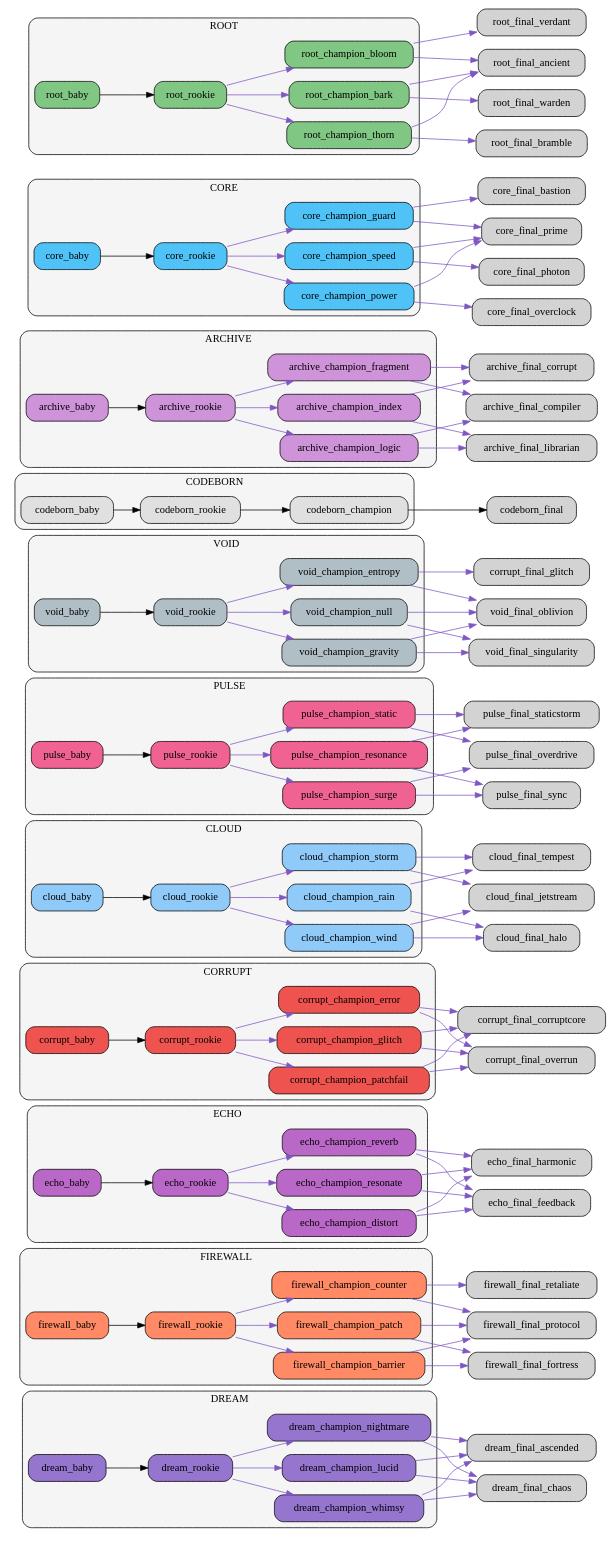
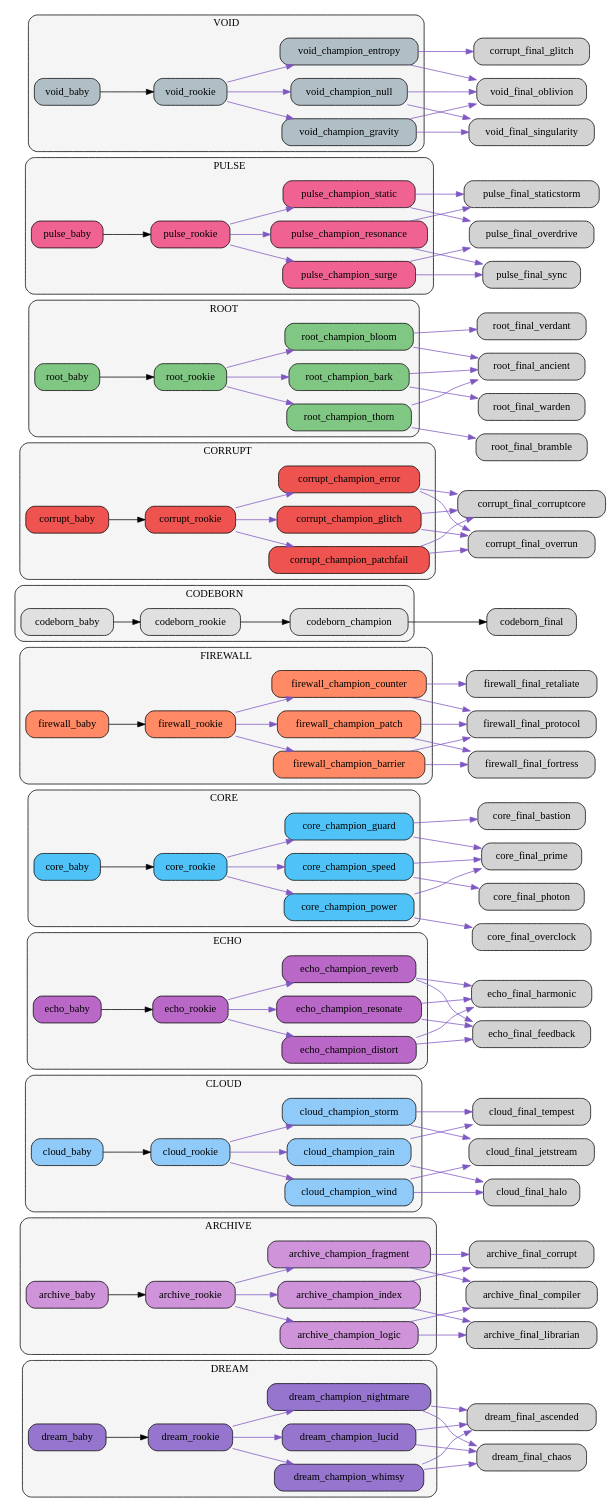
Before and after one commit to bwlight/NetGrid: the diagram in src/netgrid/systems/evolution/graphs/clusters/evolution_clusters.dot, drawn with Graphviz. The commit also changed other lines of this file and 8 other files, not shown here.

Commit message:
Auto-update evolution graphs

```diff
--- a/src/netgrid/systems/evolution/graphs/clusters/evolution_clusters.dot
+++ b/src/netgrid/systems/evolution/graphs/clusters/evolution_clusters.dot
@@ -10,14 +10,23 @@
     "dream_champion_nightmare" [fillcolor="#9575cd"];
     "dream_champion_whimsy" [fillcolor="#9575cd"];
   }
-  subgraph cluster_firewall {
-    label="FIREWALL";
+  subgraph cluster_archive {
+    label="ARCHIVE";
     style="rounded,filled"; fillcolor="#f5f5f5";
-    "firewall_baby" [fillcolor="#ff8a65"];
-    "firewall_rookie" [fillcolor="#ff8a65"];
-    "firewall_champion_barrier" [fillcolor="#ff8a65"];
-    "firewall_champion_counter" [fillcolor="#ff8a65"];
-    "firewall_champion_patch" [fillcolor="#ff8a65"];
+    "archive_baby" [fillcolor="#ce93d8"];
+    "archive_rookie" [fillcolor="#ce93d8"];
+    "archive_champion_logic" [fillcolor="#ce93d8"];
+    "archive_champion_index" [fillcolor="#ce93d8"];
+    "archive_champion_fragment" [fillcolor="#ce93d8"];
+  }
+  subgraph cluster_cloud {
+    label="CLOUD";
+    style="rounded,filled"; fillcolor="#f5f5f5";
+    "cloud_baby" [fillcolor="#90caf9"];
+    "cloud_rookie" [fillcolor="#90caf9"];
+    "cloud_champion_wind" [fillcolor="#90caf9"];
+    "cloud_champion_rain" [fillcolor="#90caf9"];
+    "cloud_champion_storm" [fillcolor="#90caf9"];
   }
   subgraph cluster_echo {
     label="ECHO";
@@ -28,6 +37,31 @@
     "echo_champion_reverb" [fillcolor="#ba68c8"];
     "echo_champion_distort" [fillcolor="#ba68c8"];
   }
+  subgraph cluster_core {
+    label="CORE";
+    style="rounded,filled"; fillcolor="#f5f5f5";
+    "core_baby" [fillcolor="#4fc3f7"];
+    "core_rookie" [fillcolor="#4fc3f7"];
+    "core_champion_power" [fillcolor="#4fc3f7"];
+    "core_champion_guard" [fillcolor="#4fc3f7"];
+    "core_champion_speed" [fillcolor="#4fc3f7"];
+  }
+  subgraph cluster_firewall {
+    label="FIREWALL";
+    style="rounded,filled"; fillcolor="#f5f5f5";
+    "firewall_baby" [fillcolor="#ff8a65"];
+    "firewall_rookie" [fillcolor="#ff8a65"];
+    "firewall_champion_barrier" [fillcolor="#ff8a65"];
+    "firewall_champion_counter" [fillcolor="#ff8a65"];
+    "firewall_champion_patch" [fillcolor="#ff8a65"];
+  }
+  subgraph cluster_codeborn {
+    label="CODEBORN";
+    style="rounded,filled"; fillcolor="#f5f5f5";
+    "codeborn_baby" [fillcolor="#e0e0e0"];
+    "codeborn_rookie" [fillcolor="#e0e0e0"];
+    "codeborn_champion" [fillcolor="#e0e0e0"];
+  }
   subgraph cluster_corrupt {
     label="CORRUPT";
     style="rounded,filled"; fillcolor="#f5f5f5";
@@ -37,14 +71,14 @@
     "corrupt_champion_error" [fillcolor="#ef5350"];
     "corrupt_champion_patchfail" [fillcolor="#ef5350"];
   }
-  subgraph cluster_cloud {
-    label="CLOUD";
+  subgraph cluster_root {
+    label="ROOT";
     style="rounded,filled"; fillcolor="#f5f5f5";
-    "cloud_baby" [fillcolor="#90caf9"];
-    "cloud_rookie" [fillcolor="#90caf9"];
-    "cloud_champion_wind" [fillcolor="#90caf9"];
-    "cloud_champion_rain" [fillcolor="#90caf9"];
-    "cloud_champion_storm" [fillcolor="#90caf9"];
+    "root_baby" [fillcolor="#81c784"];
+    "root_rookie" [fillcolor="#81c784"];
+    "root_champion_thorn" [fillcolor="#81c784"];
+    "root_champion_bloom" [fillcolor="#81c784"];
+    "root_champion_bark" [fillcolor="#81c784"];
   }
   subgraph cluster_pulse {
     label="PULSE";
@@ -64,40 +98,6 @@
     "void_champion_gravity" [fillcolor="#b0bec5"];
     "void_champion_null" [fillcolor="#b0bec5"];
   }
-  subgraph cluster_codeborn {
-    label="CODEBORN";
-    style="rounded,filled"; fillcolor="#f5f5f5";
-    "codeborn_baby" [fillcolor="#e0e0e0"];
-    "codeborn_rookie" [fillcolor="#e0e0e0"];
-    "codeborn_champion" [fillcolor="#e0e0e0"];
-  }
-  subgraph cluster_archive {
-    label="ARCHIVE";
-    style="rounded,filled"; fillcolor="#f5f5f5";
-    "archive_baby" [fillcolor="#ce93d8"];
-    "archive_rookie" [fillcolor="#ce93d8"];
-    "archive_champion_logic" [fillcolor="#ce93d8"];
-    "archive_champion_index" [fillcolor="#ce93d8"];
-    "archive_champion_fragment" [fillcolor="#ce93d8"];
-  }
-  subgraph cluster_core {
-    label="CORE";
-    style="rounded,filled"; fillcolor="#f5f5f5";
-    "core_baby" [fillcolor="#4fc3f7"];
-    "core_rookie" [fillcolor="#4fc3f7"];
-    "core_champion_power" [fillcolor="#4fc3f7"];
-    "core_champion_guard" [fillcolor="#4fc3f7"];
-    "core_champion_speed" [fillcolor="#4fc3f7"];
-  }
-  subgraph cluster_root {
-    label="ROOT";
-    style="rounded,filled"; fillcolor="#f5f5f5";
-    "root_baby" [fillcolor="#81c784"];
-    "root_rookie" [fillcolor="#81c784"];
-    "root_champion_thorn" [fillcolor="#81c784"];
-    "root_champion_bloom" [fillcolor="#81c784"];
-    "root_champion_bark" [fillcolor="#81c784"];
-  }
   "dream_baby" -> "dream_rookie";
   "dream_rookie" -> "dream_champion_lucid" [color="#7e57c2"];
   "dream_rookie" -> "dream_champion_nightmare" [color="#7e57c2"];
@@ -108,6 +108,46 @@
   "dream_champion_nightmare" -> "dream_final_ascended" [color="#7e57c2"];
   "dream_champion_whimsy" -> "dream_final_ascended" [color="#7e57c2"];
   "dream_champion_whimsy" -> "dream_final_chaos" [color="#7e57c2"];
+  "archive_baby" -> "archive_rookie";
+  "archive_rookie" -> "archive_champion_logic" [color="#7e57c2"];
+  "archive_rookie" -> "archive_champion_index" [color="#7e57c2"];
+  "archive_rookie" -> "archive_champion_fragment" [color="#7e57c2"];
+  "archive_champion_logic" -> "archive_final_compiler" [color="#7e57c2"];
+  "archive_champion_logic" -> "archive_final_librarian" [color="#7e57c2"];
+  "archive_champion_index" -> "archive_final_librarian" [color="#7e57c2"];
+  "archive_champion_index" -> "archive_final_corrupt" [color="#7e57c2"];
+  "archive_champion_fragment" -> "archive_final_corrupt" [color="#7e57c2"];
+  "archive_champion_fragment" -> "archive_final_compiler" [color="#7e57c2"];
+  "cloud_baby" -> "cloud_rookie";
+  "cloud_rookie" -> "cloud_champion_wind" [color="#7e57c2"];
+  "cloud_rookie" -> "cloud_champion_rain" [color="#7e57c2"];
+  "cloud_rookie" -> "cloud_champion_storm" [color="#7e57c2"];
+  "cloud_champion_wind" -> "cloud_final_jetstream" [color="#7e57c2"];
+  "cloud_champion_wind" -> "cloud_final_halo" [color="#7e57c2"];
+  "cloud_champion_rain" -> "cloud_final_halo" [color="#7e57c2"];
+  "cloud_champion_rain" -> "cloud_final_tempest" [color="#7e57c2"];
+  "cloud_champion_storm" -> "cloud_final_tempest" [color="#7e57c2"];
+  "cloud_champion_storm" -> "cloud_final_jetstream" [color="#7e57c2"];
+  "echo_baby" -> "echo_rookie";
+  "echo_rookie" -> "echo_champion_resonate" [color="#7e57c2"];
+  "echo_rookie" -> "echo_champion_reverb" [color="#7e57c2"];
+  "echo_rookie" -> "echo_champion_distort" [color="#7e57c2"];
+  "echo_champion_resonate" -> "echo_final_harmonic" [color="#7e57c2"];
+  "echo_champion_resonate" -> "echo_final_feedback" [color="#7e57c2"];
+  "echo_champion_reverb" -> "echo_final_feedback" [color="#7e57c2"];
+  "echo_champion_reverb" -> "echo_final_harmonic" [color="#7e57c2"];
+  "echo_champion_distort" -> "echo_final_feedback" [color="#7e57c2"];
+  "echo_champion_distort" -> "echo_final_harmonic" [color="#7e57c2"];
+  "core_baby" -> "core_rookie";
+  "core_rookie" -> "core_champion_power" [color="#7e57c2"];
+  "core_rookie" -> "core_champion_guard" [color="#7e57c2"];
+  "core_rookie" -> "core_champion_speed" [color="#7e57c2"];
+  "core_champion_power" -> "core_final_overclock" [color="#7e57c2"];
+  "core_champion_power" -> "core_final_prime" [color="#7e57c2"];
+  "core_champion_guard" -> "core_final_bastion" [color="#7e57c2"];
+  "core_champion_guard" -> "core_final_prime" [color="#7e57c2"];
+  "core_champion_speed" -> "core_final_photon" [color="#7e57c2"];
+  "core_champion_speed" -> "core_final_prime" [color="#7e57c2"];
   "firewall_baby" -> "firewall_rookie";
   "firewall_rookie" -> "firewall_champion_barrier" [color="#7e57c2"];
   "firewall_rookie" -> "firewall_champion_counter" [color="#7e57c2"];
@@ -118,16 +158,9 @@
   "firewall_champion_counter" -> "firewall_final_protocol" [color="#7e57c2"];
   "firewall_champion_patch" -> "firewall_final_protocol" [color="#7e57c2"];
   "firewall_champion_patch" -> "firewall_final_fortress" [color="#7e57c2"];
-  "echo_baby" -> "echo_rookie";
-  "echo_rookie" -> "echo_champion_resonate" [color="#7e57c2"];
-  "echo_rookie" -> "echo_champion_reverb" [color="#7e57c2"];
-  "echo_rookie" -> "echo_champion_distort" [color="#7e57c2"];
-  "echo_champion_resonate" -> "echo_final_harmonic" [color="#7e57c2"];
-  "echo_champion_resonate" -> "echo_final_feedback" [color="#7e57c2"];
-  "echo_champion_reverb" -> "echo_final_feedback" [color="#7e57c2"];
-  "echo_champion_reverb" -> "echo_final_harmonic" [color="#7e57c2"];
-  "echo_champion_distort" -> "echo_final_feedback" [color="#7e57c2"];
-  "echo_champion_distort" -> "echo_final_harmonic" [color="#7e57c2"];
+  "codeborn_baby" -> "codeborn_rookie";
+  "codeborn_rookie" -> "codeborn_champion";
+  "codeborn_champion" -> "codeborn_final";
   "corrupt_baby" -> "corrupt_rookie";
   "corrupt_rookie" -> "corrupt_champion_glitch" [color="#7e57c2"];
   "corrupt_rookie" -> "corrupt_champion_error" [color="#7e57c2"];
@@ -138,16 +171,16 @@
   "corrupt_champion_error" -> "corrupt_final_corruptcore" [color="#7e57c2"];
   "corrupt_champion_patchfail" -> "corrupt_final_corruptcore" [color="#7e57c2"];
   "corrupt_champion_patchfail" -> "corrupt_final_overrun" [color="#7e57c2"];
-  "cloud_baby" -> "cloud_rookie";
-  "cloud_rookie" -> "cloud_champion_wind" [color="#7e57c2"];
-  "cloud_rookie" -> "cloud_champion_rain" [color="#7e57c2"];
-  "cloud_rookie" -> "cloud_champion_storm" [color="#7e57c2"];
-  "cloud_champion_wind" -> "cloud_final_jetstream" [color="#7e57c2"];
-  "cloud_champion_wind" -> "cloud_final_halo" [color="#7e57c2"];
-  "cloud_champion_rain" -> "cloud_final_halo" [color="#7e57c2"];
-  "cloud_champion_rain" -> "cloud_final_tempest" [color="#7e57c2"];
-  "cloud_champion_storm" -> "cloud_final_tempest" [color="#7e57c2"];
-  "cloud_champion_storm" -> "cloud_final_jetstream" [color="#7e57c2"];
+  "root_baby" -> "root_rookie";
+  "root_rookie" -> "root_champion_thorn" [color="#7e57c2"];
+  "root_rookie" -> "root_champion_bloom" [color="#7e57c2"];
+  "root_rookie" -> "root_champion_bark" [color="#7e57c2"];
+  "root_champion_thorn" -> "root_final_bramble" [color="#7e57c2"];
+  "root_champion_thorn" -> "root_final_ancient" [color="#7e57c2"];
+  "root_champion_bloom" -> "root_final_ancient" [color="#7e57c2"];
+  "root_champion_bloom" -> "root_final_verdant" [color="#7e57c2"];
+  "root_champion_bark" -> "root_final_warden" [color="#7e57c2"];
+  "root_champion_bark" -> "root_final_ancient" [color="#7e57c2"];
   "pulse_baby" -> "pulse_rookie";
   "pulse_rookie" -> "pulse_champion_surge" [color="#7e57c2"];
   "pulse_rookie" -> "pulse_champion_resonance" [color="#7e57c2"];
@@ -168,37 +201,4 @@
   "void_champion_gravity" -> "void_final_oblivion" [color="#7e57c2"];
   "void_champion_null" -> "void_final_oblivion" [color="#7e57c2"];
   "void_champion_null" -> "void_final_singularity" [color="#7e57c2"];
-  "codeborn_baby" -> "codeborn_rookie";
-  "codeborn_rookie" -> "codeborn_champion";
-  "codeborn_champion" -> "codeborn_final";
-  "archive_baby" -> "archive_rookie";
-  "archive_rookie" -> "archive_champion_logic" [color="#7e57c2"];
-  "archive_rookie" -> "archive_champion_index" [color="#7e57c2"];
-  "archive_rookie" -> "archive_champion_fragment" [color="#7e57c2"];
-  "archive_champion_logic" -> "archive_final_compiler" [color="#7e57c2"];
-  "archive_champion_logic" -> "archive_final_librarian" [color="#7e57c2"];
-  "archive_champion_index" -> "archive_final_librarian" [color="#7e57c2"];
-  "archive_champion_index" -> "archive_final_corrupt" [color="#7e57c2"];
-  "archive_champion_fragment" -> "archive_final_corrupt" [color="#7e57c2"];
-  "archive_champion_fragment" -> "archive_final_compiler" [color="#7e57c2"];
-  "core_baby" -> "core_rookie";
-  "core_rookie" -> "core_champion_power" [color="#7e57c2"];
-  "core_rookie" -> "core_champion_guard" [color="#7e57c2"];
-  "core_rookie" -> "core_champion_speed" [color="#7e57c2"];
-  "core_champion_power" -> "core_final_overclock" [color="#7e57c2"];
-  "core_champion_power" -> "core_final_prime" [color="#7e57c2"];
-  "core_champion_guard" -> "core_final_bastion" [color="#7e57c2"];
-  "core_champion_guard" -> "core_final_prime" [color="#7e57c2"];
-  "core_champion_speed" -> "core_final_photon" [color="#7e57c2"];
-  "core_champion_speed" -> "core_final_prime" [color="#7e57c2"];
-  "root_baby" -> "root_rookie";
-  "root_rookie" -> "root_champion_thorn" [color="#7e57c2"];
-  "root_rookie" -> "root_champion_bloom" [color="#7e57c2"];
-  "root_rookie" -> "root_champion_bark" [color="#7e57c2"];
-  "root_champion_thorn" -> "root_final_bramble" [color="#7e57c2"];
-  "root_champion_thorn" -> "root_final_ancient" [color="#7e57c2"];
-  "root_champion_bloom" -> "root_final_ancient" [color="#7e57c2"];
-  "root_champion_bloom" -> "root_final_verdant" [color="#7e57c2"];
-  "root_champion_bark" -> "root_final_warden" [color="#7e57c2"];
-  "root_champion_bark" -> "root_final_ancient" [color="#7e57c2"];
 }
```
